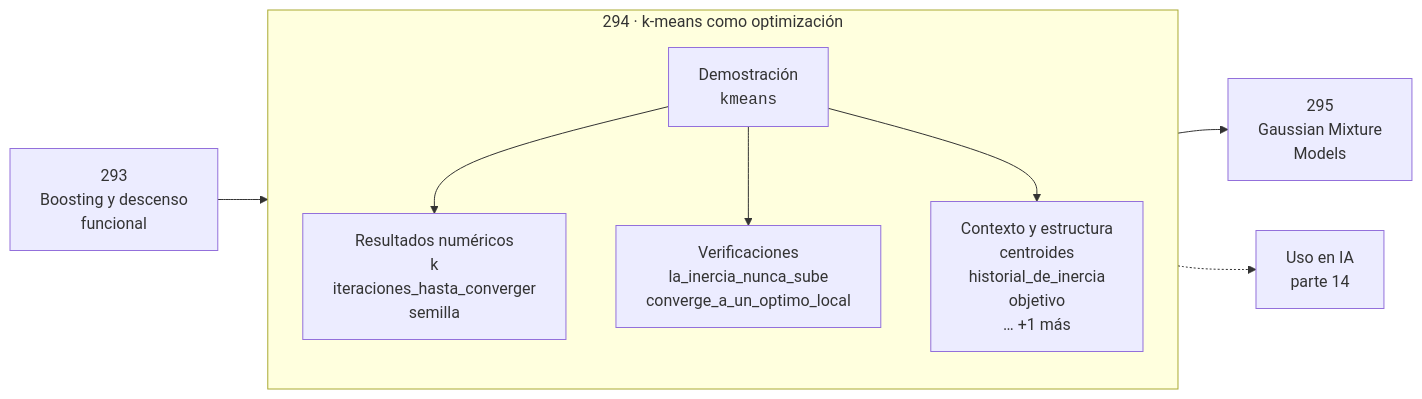
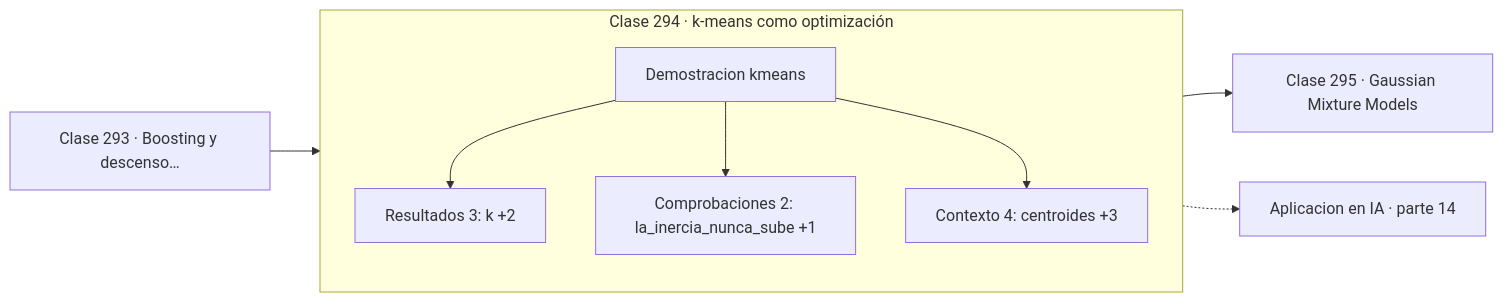
The diagram in classes/part-14-matematica-de-machine-learning/294-k-means-como-optimizacion/README.md (vladimiracunadev-create/computational-mathematics-program), drawn with Mermaid before and after one commit. The commit also changed 389 other files, not shown here.

First line of the commit message:
fix(diagramas): elimina el HTML de las etiquetas Mermaid

````diff
--- a/classes/part-14-matematica-de-machine-learning/294-k-means-como-optimizacion/README.md
+++ b/classes/part-14-matematica-de-machine-learning/294-k-means-como-optimizacion/README.md
@@ -30,12 +30,13 @@
 ```mermaid
 flowchart LR
-    P["293<br/>Boosting y descenso<br/>funcional"] --> C
-    subgraph C["294 · k-means como optimización"]
+    P["Clase 293 · Boosting y descenso…"] --> D
+    subgraph CLASE["Clase 294 · k-means como optimización"]
         direction TB
-        D["Demostración<br/><code>kmeans</code>"] --> R["Resultados numéricos<br/>k<br/>iteraciones_hasta_converger<br/>semilla"]
-        D --> V["Verificaciones<br/>la_inercia_nunca_sube<br/>converge_a_un_optimo_local"]
-        D --> O["Contexto y estructura<br/>centroides<br/>historial_de_inercia<br/>objetivo<br/>… +1 más"]
+        D["Demostracion kmeans"]
+        D --> R["Resultados 3: k +2"]
+        D --> V["Comprobaciones 2: la_inercia_nunca_sube +1"]
+        D --> O["Contexto 4: centroides +3"]
     end
-    C --> N["295<br/>Gaussian Mixture<br/>Models"]
-    C -.-> IA["Uso en IA<br/>parte 14"]
+    R --> N["Clase 295 · Gaussian Mixture Models"]
+    V -.-> IA["Aplicacion en IA · parte 14"]
 ```
````
